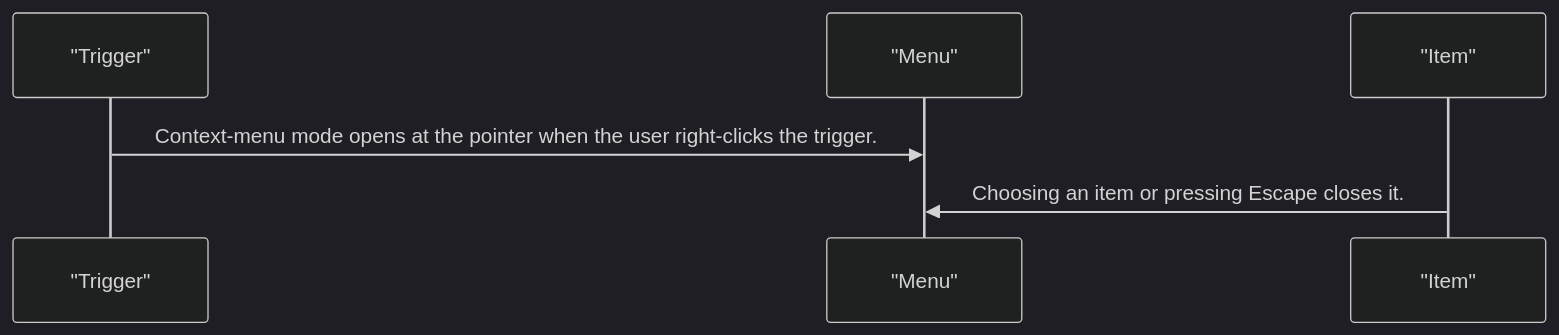
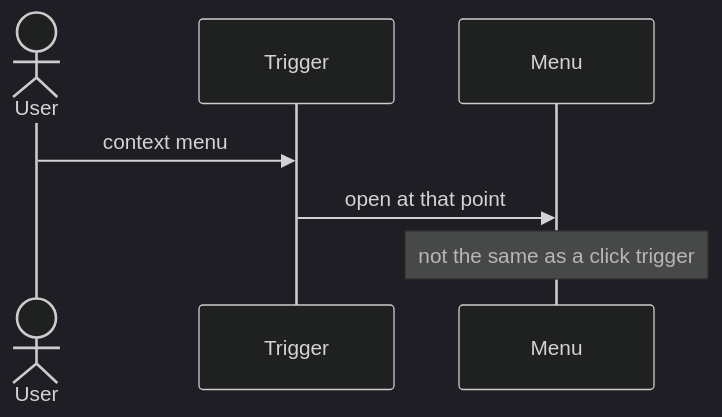
The third of 4 diagrams in projects/pixel-ui/src/lib/pixel-menu/DESIGN.md (RajshekharBorate/pixel-ui), drawn with Mermaid (dark theme) before and after one commit. The commit also changed other lines of this file and 73 other files, not shown here.

Commit message:
Explain who owns each value and what each flow does in every component and service design.

````diff
--- a/projects/pixel-ui/src/lib/pixel-menu/DESIGN.md
+++ b/projects/pixel-ui/src/lib/pixel-menu/DESIGN.md
@@ -66,8 +81,9 @@
 ```mermaid
 sequenceDiagram
-  participant trigger as "Trigger"
-  participant menu as "Menu"
-  participant item as "Item"
-  trigger->>menu: Context-menu mode opens at the pointer when the user right-clicks the trigger.
-  item->>menu: Choosing an item or pressing Escape closes it.
+  actor User
+  participant Trigger
+  participant Menu
+  User->>Trigger: context menu
+  Trigger->>Menu: open at that point
+  Note over Menu: not the same as a click trigger
 ```
````
